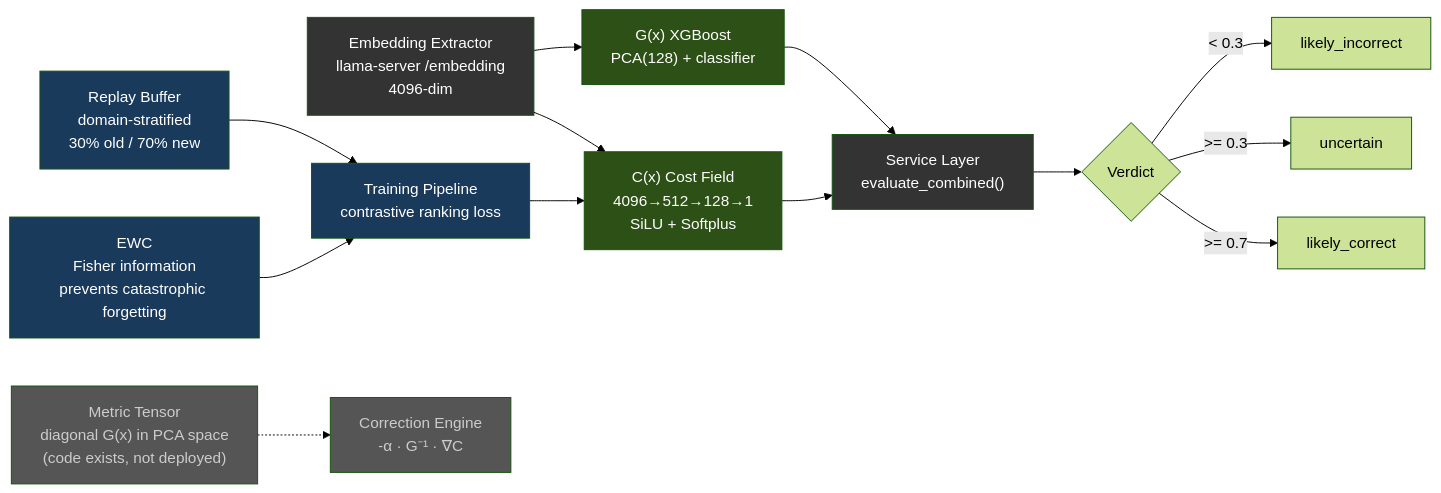
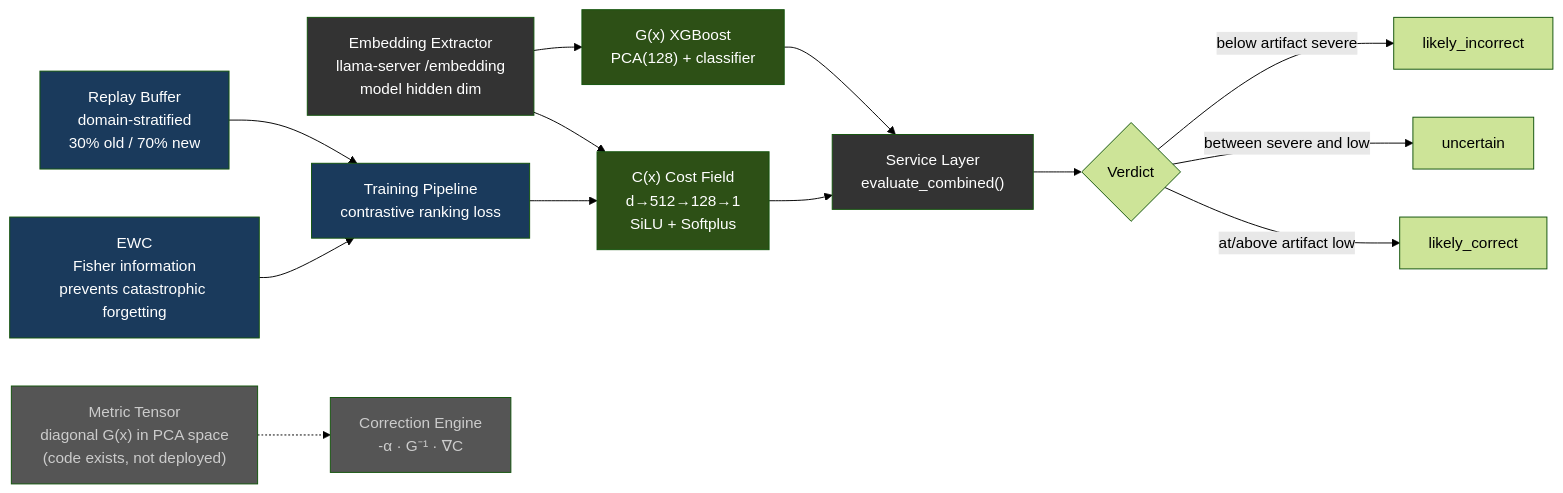
Before and after one commit to davidwuchn/ATLAS: the seventh of 14 diagrams in docs/ARCHITECTURE.md, drawn with Mermaid (forest theme). The commit also changed other lines of this file and 109 other files, not shown here.

````diff
--- a/docs/ARCHITECTURE.md
+++ b/docs/ARCHITECTURE.md
@@ -512,27 +508,27 @@
 ```mermaid
 graph LR
-    EE["Embedding Extractor\nllama-server /embedding\n4096-dim"] --> CX["C(x) Cost Field\n4096→512→128→1\nSiLU + Softplus"]
+    EE["Embedding Extractor\nllama-server /embedding\nmodel hidden dim"] --> CX["C(x) Cost Field\nd→512→128→1\nSiLU + Softplus"]
     EE --> GX["G(x) XGBoost\nPCA(128) + classifier"]
     CX --> SVC["Service Layer\nevaluate_combined()"]
     GX --> SVC
     SVC --> V{"Verdict"}
-    V -->|">= 0.7"| LC["likely_correct"]
-    V -->|">= 0.3"| UN["uncertain"]
-    V -->|"< 0.3"| LI["likely_incorrect"]
+    V -->|"at/above artifact low"| LC["likely_correct"]
+    V -->|"between severe and low"| UN["uncertain"]
+    V -->|"below artifact severe"| LI["likely_incorrect"]
 
     TR["Training Pipeline\ncontrastive ranking loss"] --> CX
     EWC["EWC\nFisher information\nprevents catastrophic forgetting"] --> TR
     RB["Replay Buffer\ndomain-stratified\n30% old / 70% new"] --> TR
 
     MT["Metric Tensor\ndiagonal G(x) in PCA space\n(code exists, not deployed)"] -.-> CORR["Correction Engine\n-α · G⁻¹ · ∇C"]
 
     style EE fill:#333,color:#fff
     style CX fill:#2d5016,color:#fff
     style GX fill:#2d5016,color:#fff
     style SVC fill:#333,color:#fff
     style TR fill:#1a3a5c,color:#fff
     style EWC fill:#1a3a5c,color:#fff
     style RB fill:#1a3a5c,color:#fff
     style MT fill:#555,color:#ccc
     style CORR fill:#555,color:#ccc
 ```
````
